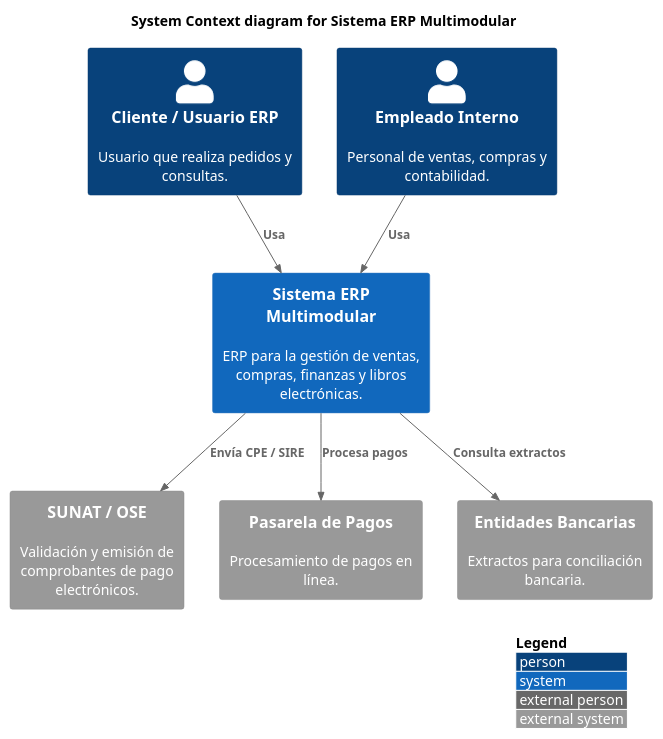
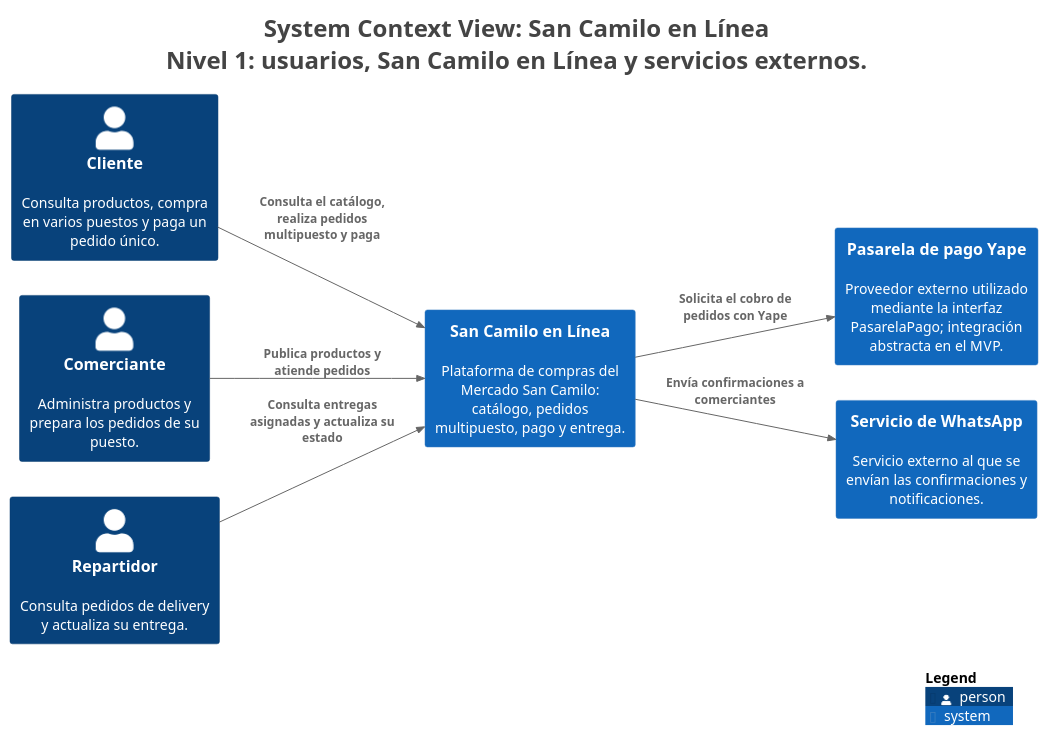
Before and after one commit to paredes1234/cs-2026b-lab04-grupo07: the diagram in docs/architecture/c4/export/Contexto.puml, drawn with PlantUML. The commit also changed 14 other files, not shown here.

```diff
--- a/docs/architecture/c4/export/Contexto.puml
+++ b/docs/architecture/c4/export/Contexto.puml
@@ -1,22 +1,32 @@
 @startuml
-!include https://raw.githubusercontent.com/plantuml-stdlib/C4-PlantUML/master/C4_Context.puml
+title <size:24>System Context View: San Camilo en Línea</size>\n<size:24>Nivel 1: usuarios, San Camilo en Línea y servicios externos.</size>
 
-LAYOUT_WITH_LEGEND()
+set separator none
+left to right direction
 
-title System Context diagram for Sistema ERP Multimodular
+<style>
+  root {
+    BackgroundColor: #ffffff
+    FontColor: #444444
+  }
+</style>
 
-Person(cliente, "Cliente / Usuario ERP", "Usuario que realiza pedidos y consultas.")
-Person(empleado, "Empleado Interno", "Personal de ventas, compras y contabilidad.")
+!include <C4/C4>
+!include <C4/C4_Context>
 
-System(sistemaERP, "Sistema ERP Multimodular", "ERP para la gestión de ventas, compras, finanzas y libros electrónicas.")
+Person(Cliente, "Cliente", $descr="Consulta productos, compra en varios puestos y paga un pedido único.", $tags="", $link="")
+System(PasareladepagoYape, "Pasarela de pago Yape", $descr="Proveedor externo utilizado mediante la interfaz PasarelaPago; integración abstracta en el MVP.", $tags="", $link="")
+System(ServiciodeWhatsApp, "Servicio de WhatsApp", $descr="Servicio externo al que se envían las confirmaciones y notificaciones.", $tags="", $link="")
+Person(Comerciante, "Comerciante", $descr="Administra productos y prepara los pedidos de su puesto.", $tags="", $link="")
+Person(Repartidor, "Repartidor", $descr="Consulta pedidos de delivery y actualiza su entrega.", $tags="", $link="")
+System(SanCamiloenLínea, "San Camilo en Línea", $descr="Plataforma de compras del Mercado San Camilo: catálogo, pedidos multipuesto, pago y entrega.", $tags="", $link="")
 
-System_Ext(sunat, "SUNAT / OSE", "Validación y emisión de comprobantes de pago electrónicos.")
-System_Ext(pasarela, "Pasarela de Pagos", "Procesamiento de pagos en línea.")
-System_Ext(bancos, "Entidades Bancarias", "Extractos para conciliación bancaria.")
+Rel(Cliente, SanCamiloenLínea, "Consulta el catálogo, realiza pedidos multipuesto y paga", $techn="", $tags="", $link="")
+Rel(Comerciante, SanCamiloenLínea, "Publica productos y atiende pedidos", $techn="", $tags="", $link="")
+Rel(Repartidor, SanCamiloenLínea, "Consulta entregas asignadas y actualiza su estado", $techn="", $tags="", $link="")
+Rel(SanCamiloenLínea, PasareladepagoYape, "Solicita el cobro de pedidos con Yape", $techn="", $tags="", $link="")
+Rel(SanCamiloenLínea, ServiciodeWhatsApp, "Envía confirmaciones a comerciantes", $techn="", $tags="", $link="")
 
-Rel(cliente, sistemaERP, "Usa")
-Rel(empleado, sistemaERP, "Usa")
-Rel(sistemaERP, sunat, "Envía CPE / SIRE")
-Rel(sistemaERP, pasarela, "Procesa pagos")
-Rel(sistemaERP, bancos, "Consulta extractos")
+SHOW_LEGEND(true)
+hide stereotypes
 @enduml
```
